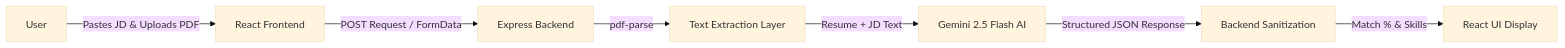
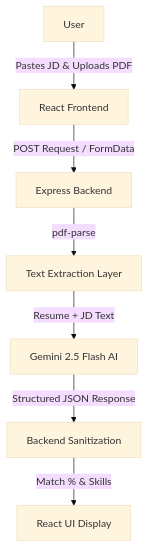
Before and after one commit to Ayan01456/AI-Resume-Analyzer-Job-Match-Engine: the diagram in README.md, drawn with Mermaid (base theme). The commit also changed 2 other files, not shown here.

Commit message:
Optimize README flowchart and fix browser branding (title & logo)

````diff
--- a/README.md
+++ b/README.md
@@ -31,10 +31,10 @@
 ```mermaid
-flowchart LR
+graph TD
     A[User] -->|Pastes JD & Uploads PDF| B[React Frontend]
     B -->|POST Request / FormData| C[Express Backend]
     C -->|pdf-parse| D[Text Extraction Layer]
     D -->|Resume + JD Text| E[Gemini 2.5 Flash AI]
     E -->|Structured JSON Response| F[Backend Sanitization]
     F -->|Match % & Skills| G[React UI Display]
     
 ```
````
